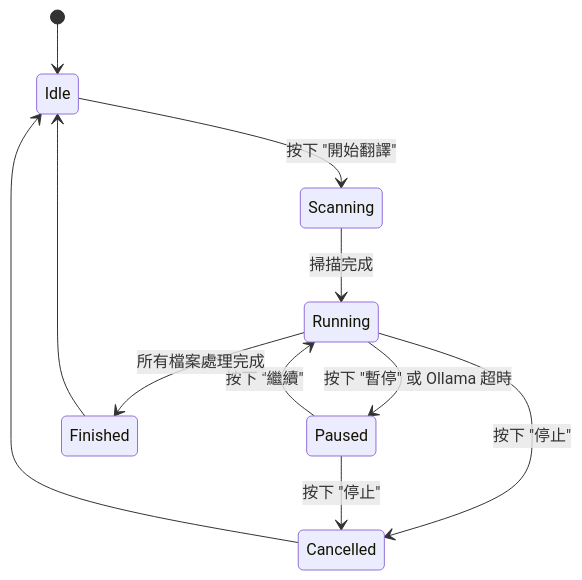
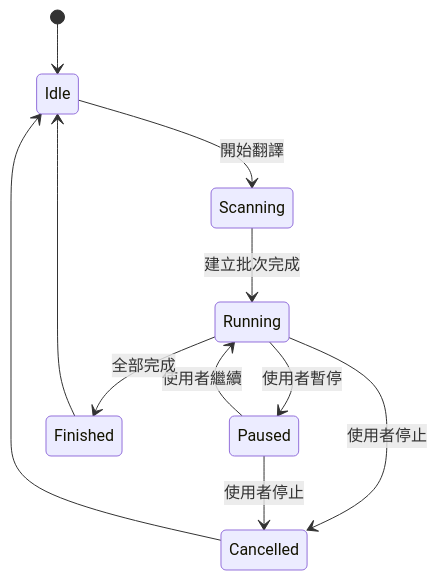
Before and after one commit to mn12345678910/mc_translator: the diagram in docs/architecture/state_management.md, drawn with Mermaid. The commit also changed other lines of this file and 14 other files, not shown here.

````diff
--- a/docs/architecture/state_management.md
+++ b/docs/architecture/state_management.md
@@ -13,13 +14,13 @@
 ```mermaid
 stateDiagram-v2
     [*] --> Idle
-    Idle --> Scanning: 按下 "開始翻譯"
-    Scanning --> Running: 掃描完成
-    Running --> Paused: 按下 "暫停" 或 Ollama 超時
-    Paused --> Running: 按下 "繼續"
-    Running --> Finished: 所有檔案處理完成
-    Running --> Cancelled: 按下 "停止"
-    Paused --> Cancelled: 按下 "停止"
+    Idle --> Scanning: 開始翻譯
+    Scanning --> Running: 建立批次完成
+    Running --> Paused: 使用者暫停
+    Paused --> Running: 使用者繼續
+    Running --> Finished: 全部完成
+    Running --> Cancelled: 使用者停止
+    Paused --> Cancelled: 使用者停止
     Finished --> Idle
     Cancelled --> Idle
 ```
````
